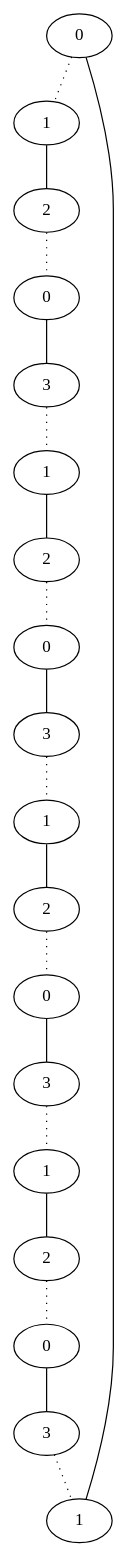
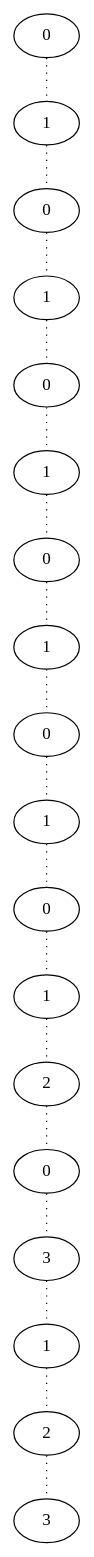
One commit to d1laj/Stage-M2 changed the diagram in TestPathsv1/result/18.dot. Above: the diagram before and after it, drawn with Graphviz. The commit also changed 169 other files, not shown here.

```diff
--- a/TestPathsv1/result/18.dot
+++ b/TestPathsv1/result/18.dot
@@ -1,38 +1,37 @@
 graph {
 a[label=0]
 b[label=1]
-c[label=2]
-d[label=0]
-e[label=3]
+c[label=0]
+d[label=1]
+e[label=0]
 f[label=1]
-g[label=2]
-h[label=0]
-i[label=3]
+g[label=0]
+h[label=1]
+i[label=0]
 j[label=1]
-k[label=2]
-l[label=0]
-m[label=3]
-n[label=1]
-o[label=2]
-p[label=0]
-q[label=3]
-r[label=1]
+k[label=0]
+l[label=1]
+m[label=2]
+n[label=0]
+o[label=3]
+p[label=1]
+q[label=2]
+r[label=3]
 a -- b [style=dotted];
-b -- c;
+b -- c [style=dotted];
 c -- d [style=dotted];
-d -- e;
+d -- e [style=dotted];
 e -- f [style=dotted];
-f -- g;
+f -- g [style=dotted];
 g -- h [style=dotted];
-h -- i;
+h -- i [style=dotted];
 i -- j [style=dotted];
-j -- k;
+j -- k [style=dotted];
 k -- l [style=dotted];
-l -- m;
+l -- m [style=dotted];
 m -- n [style=dotted];
-n -- o;
+n -- o [style=dotted];
 o -- p [style=dotted];
-p -- q;
+p -- q [style=dotted];
 q -- r [style=dotted];
-a -- r;
 }
```
